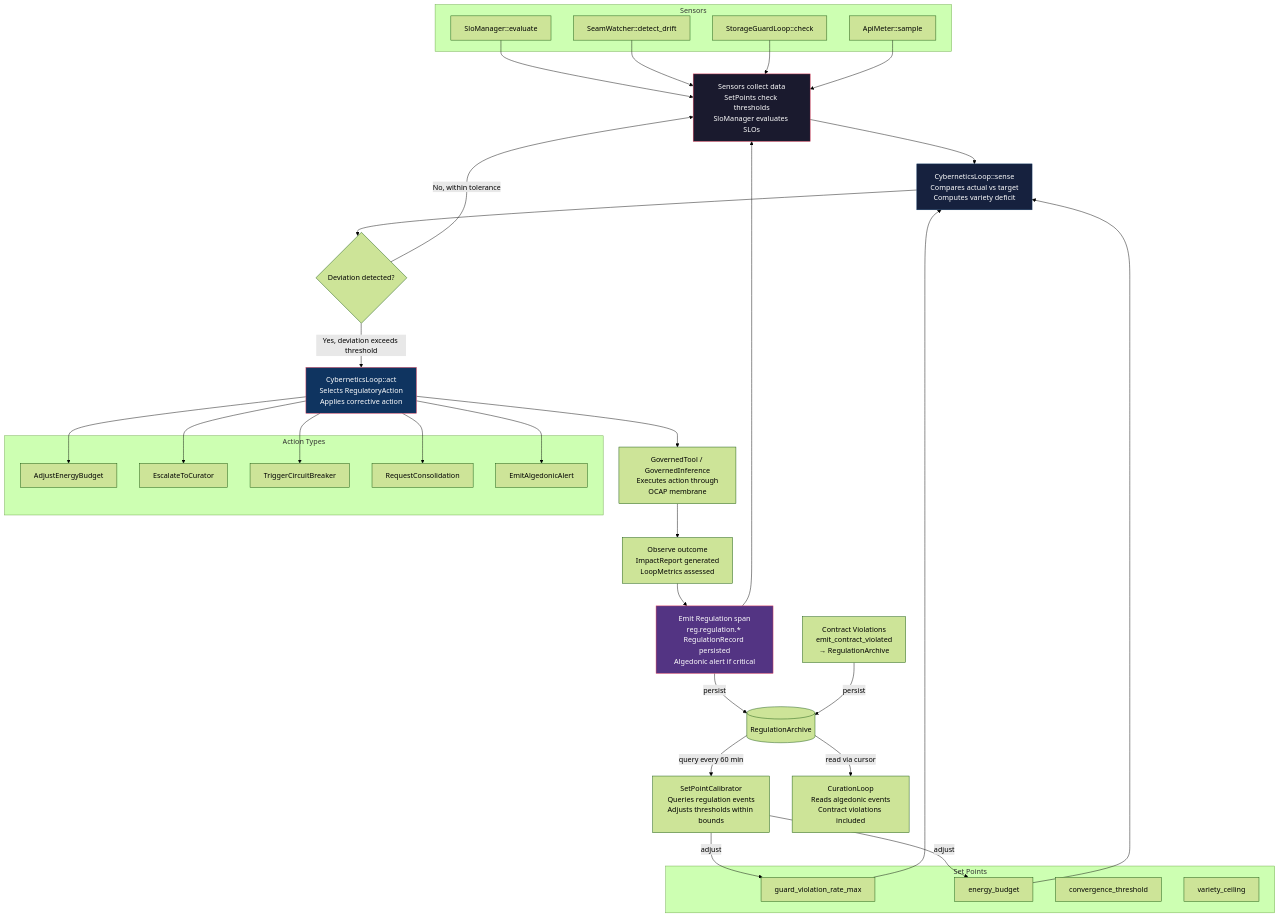
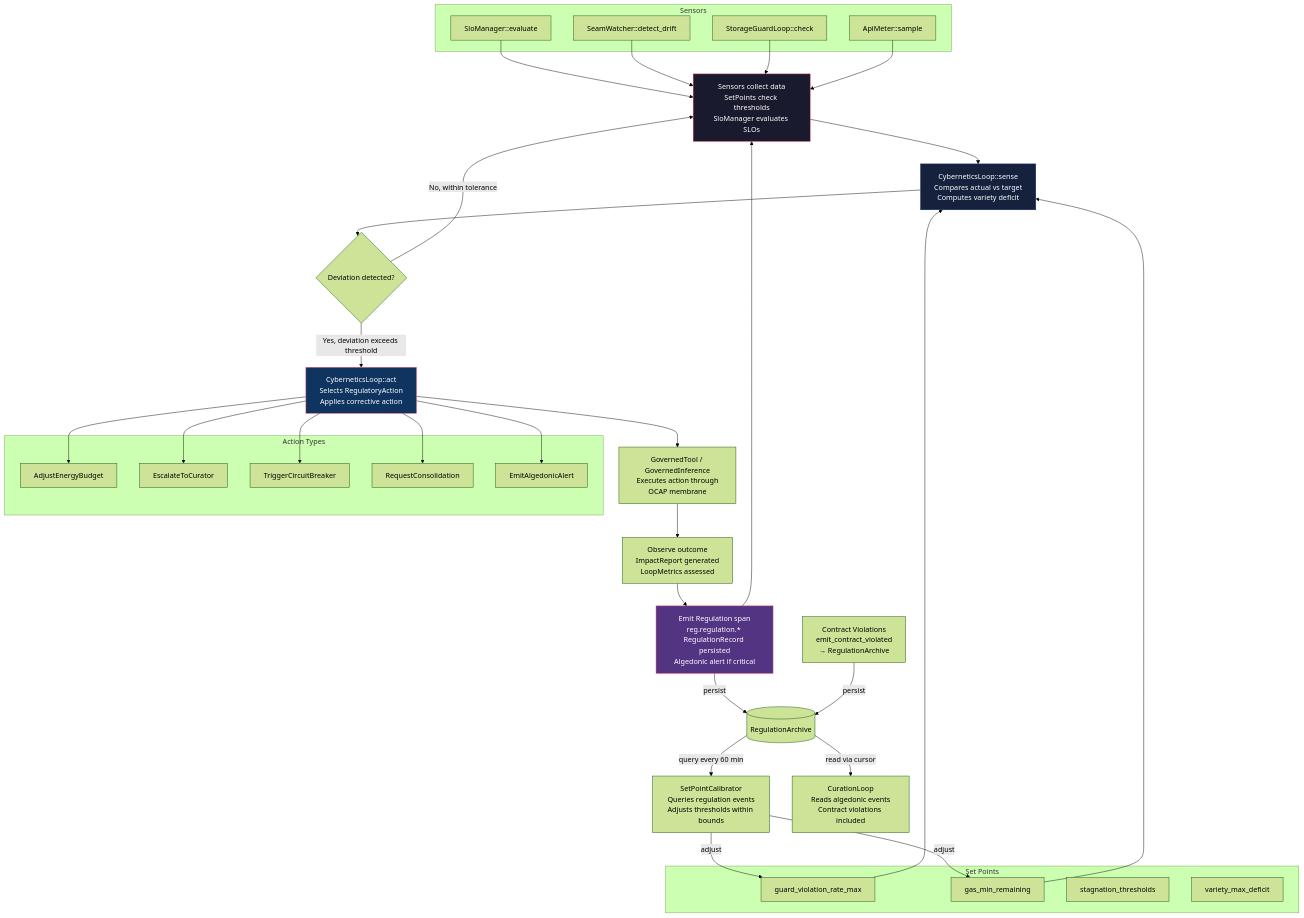
The seventh of 14 diagrams in kask/docs/explanation/regulation-and-loops.md (mdz-axo/zed-kask), drawn with Mermaid (forest theme) before and after one commit. The commit also changed other lines of this file and 52 other files, not shown here.

````diff
--- a/kask/docs/explanation/regulation-and-loops.md
+++ b/kask/docs/explanation/regulation-and-loops.md
@@ -918,69 +921,69 @@
 ```mermaid
 flowchart TD
     S[Sensors collect data\nSetPoints check thresholds\nSloManager evaluates SLOs]
     C[CyberneticsLoop::sense\nCompares actual vs target\nComputes variety deficit]
     D{Deviation detected?}
     A[CyberneticsLoop::act\nSelects RegulatoryAction\nApplies corrective action]
     R[GovernedTool / GovernedInference\nExecutes action through\nOCAP membrane]
     O[Observe outcome\nImpactReport generated\nLoopMetrics assessed]
     E[Emit Regulation span\nreg.regulation.* RegulationRecord persisted\nAlgedonic alert if critical]
     STORE[(RegulationArchive)]
     CAL[SetPointCalibrator\nQueries regulation events\nAdjusts thresholds within bounds]
     CUR[CurationLoop\nReads algedonic events\nContract violations included]
     CTV[Contract Violations\nemit_contract_violated\n→ RegulationArchive]
 
     S --> C
     C --> D
     D -->|Yes, deviation exceeds threshold| A
     D -->|No, within tolerance| S
     A --> R
     R --> O
     O --> E
     E --> S
     E -->|persist| STORE
     STORE -->|query every 60 min| CAL
     CAL -->|adjust| SP1
     CAL -->|adjust| SP2
     STORE -->|read via cursor| CUR
     CTV -->|persist| STORE
 
     subgraph "Set Points"
         SP1[guard_violation_rate_max]
-        SP2[energy_budget]
-        SP3[convergence_threshold]
-        SP4[variety_ceiling]
+        SP2[gas_min_remaining]
+        SP3[stagnation_thresholds]
+        SP4[variety_max_deficit]
     end
 
     subgraph "Sensors"
         SN1[SloManager::evaluate]
         SN2[SeamWatcher::detect_drift]
         SN3[StorageGuardLoop::check]
         SN4[ApiMeter::sample]
     end
 
     SP1 --> C
     SP2 --> C
     SN1 --> S
     SN2 --> S
     SN3 --> S
     SN4 --> S
 
     subgraph "Action Types"
         AT1[AdjustEnergyBudget]
         AT2[EscalateToCurator]
         AT3[TriggerCircuitBreaker]
         AT4[RequestConsolidation]
         AT5[EmitAlgedonicAlert]
     end
 
     A --> AT1
     A --> AT2
     A --> AT3
     A --> AT4
     A --> AT5
 
     style S fill:#1a1a2e,stroke:#e94560,color:#fff
     style C fill:#16213e,stroke:#0f3460,color:#fff
     style A fill:#0f3460,stroke:#e94560,color:#fff
     style E fill:#533483,stroke:#e94560,color:#fff
 ```
````
